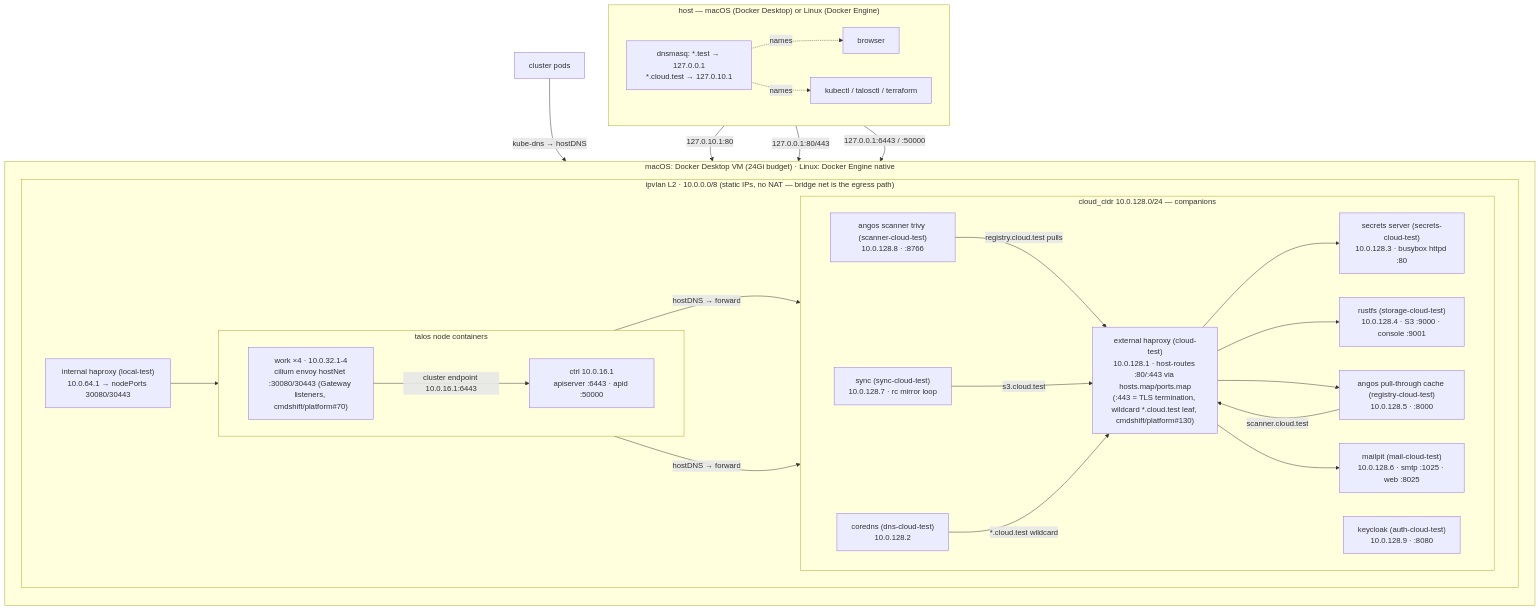
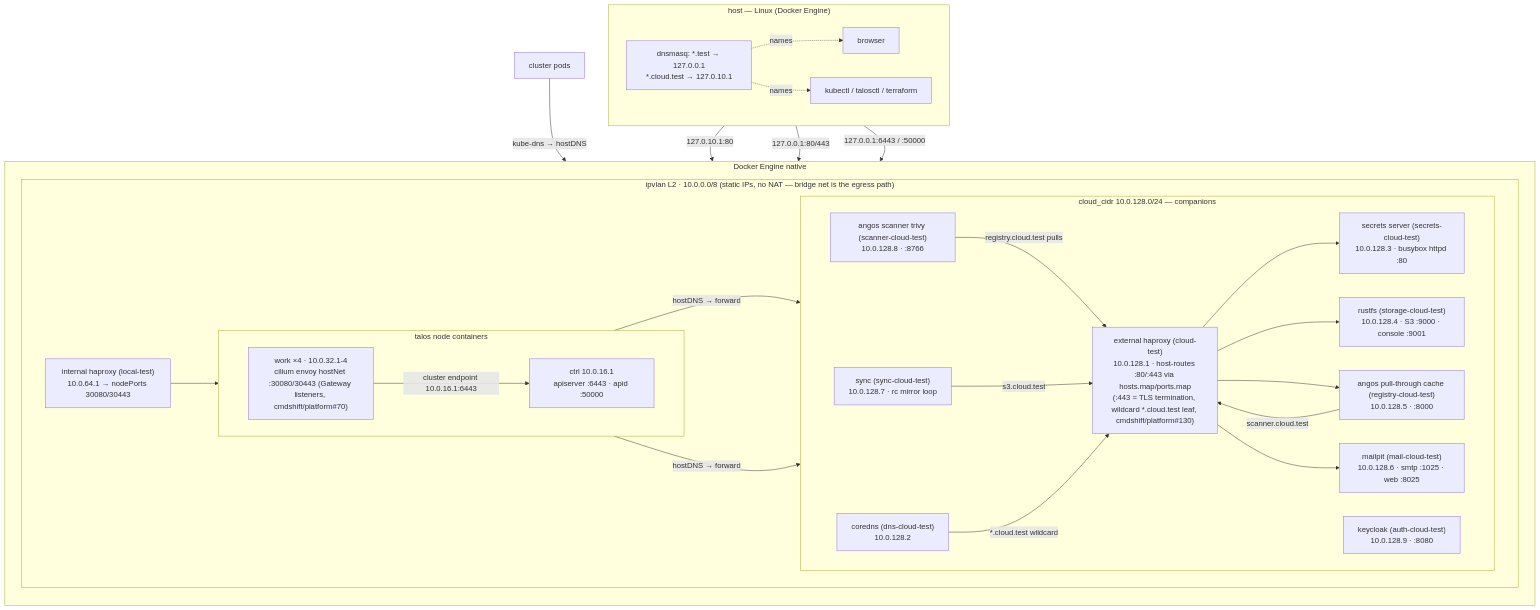
The diagram in cluster/local/ARCHITECTURE.md (cmdshift/platform), drawn with Mermaid before and after one commit. The commit also changed other lines of this file and 44 other files, not shown here.

````diff
--- a/cluster/local/ARCHITECTURE.md
+++ b/cluster/local/ARCHITECTURE.md
@@ -7,48 +7,48 @@
 ```mermaid
 flowchart TB
-  subgraph host["host — macOS (Docker Desktop) or Linux (Docker Engine)"]
+  subgraph host["host — Linux (Docker Engine)"]
     direction LR
     BR["browser"]
     KC["kubectl / talosctl / terraform"]
     DNSMASQ["dnsmasq: *.test → 127.0.0.1\n*.cloud.test → 127.0.10.1"]
   end
 
-  subgraph vm["macOS: Docker Desktop VM (24Gi budget) · Linux: Docker Engine native"]
+  subgraph vm["Docker Engine native"]
     direction TB
     subgraph iv["ipvlan L2 · 10.0.0.0/8 (static IPs, no NAT — bridge net is the egress path)"]
       direction LR
       subgraph cloud["cloud_cidr 10.0.128.0/24 — companions"]
         direction LR
         X["external haproxy (cloud-test)\n10.0.128.1 · host-routes :80/:443 via hosts.map/ports.map\n(:443 = TLS termination, wildcard *.cloud.test leaf, cmdshift/platform#130)"]
         CD["coredns (dns-cloud-test)\n10.0.128.2"]
         SE["secrets server (secrets-cloud-test)\n10.0.128.3 · busybox httpd :80"]
         RU["rustfs (storage-cloud-test)\n10.0.128.4 · S3 :9000 · console :9001"]
         AN["angos pull-through cache (registry-cloud-test)\n10.0.128.5 · :8000"]
         MP["mailpit (mail-cloud-test)\n10.0.128.6 · smtp :1025 · web :8025"]
         SY["sync (sync-cloud-test)\n10.0.128.7 · rc mirror loop"]
         SC["angos scanner trivy (scanner-cloud-test)\n10.0.128.8 · :8766"]
         AU["keycloak (auth-cloud-test)\n10.0.128.9 · :8080"]
       end
       subgraph nodes["talos node containers"]
         direction LR
         CP["ctrl 10.0.16.1\napiserver :6443 · apid :50000"]
         WK["work ×4 · 10.0.32.1-4\ncilium envoy hostNet :30080/30443 (Gateway listeners, cmdshift/platform#70)"]
       end
       LB["internal haproxy (local-test)\n10.0.64.1 → nodePorts 30080/30443"]
     end
   end
 
   DNSMASQ -. names .-> BR & KC
   BR -- "127.0.10.1:80" --> X
   BR -- "127.0.0.1:80/443" --> LB
   KC -- "127.0.0.1:6443 / :50000" --> CP
   X --> SE & RU & AN & MP
   AN -- "scanner.cloud.test" --> X
   SC -- "registry.cloud.test pulls" --> X
   LB --> WK
   WK -- "cluster endpoint 10.0.16.1:6443" --> CP
   SY -- "s3.cloud.test" --> X
   WK & CP -- "hostDNS → forward" --> CD
   CD -- "*.cloud.test wildcard" --> X
   pods["cluster pods"] -- "kube-dns → hostDNS" --> CD
 ```
````
